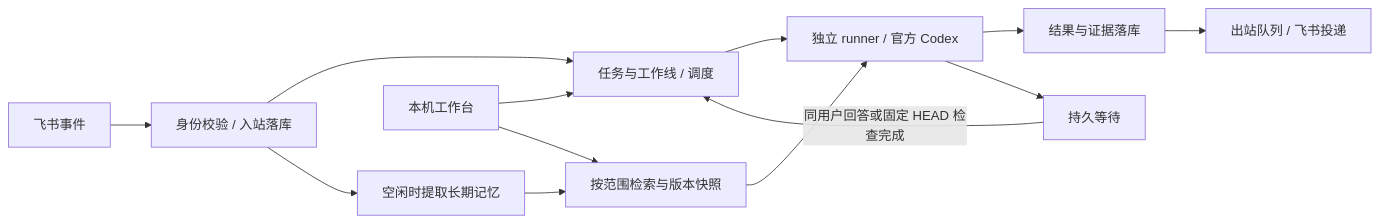
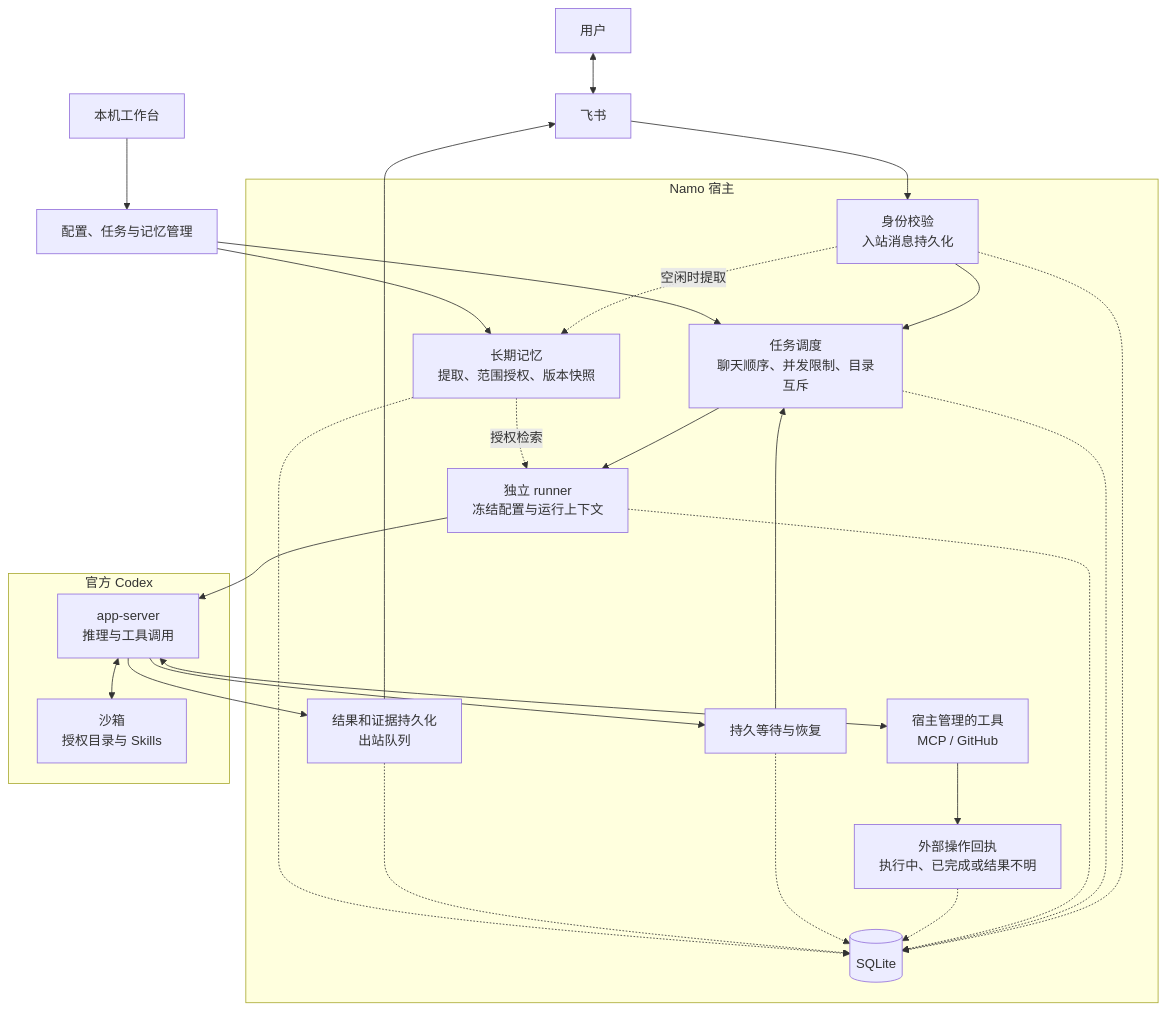
Before and after one commit to dofy/namo: the diagram in docs/architecture.md, drawn with Mermaid. The commit also changed other lines of this file, not shown here.

Commit message:
docs: clarify architecture and operation receipts

````diff
--- a/docs/architecture.md
+++ b/docs/architecture.md
@@ -9,15 +9,34 @@
 ```mermaid
-flowchart LR
-  A[飞书事件] --> B[身份校验 / 入站落库]
-  B --> C[任务与工作线 / 调度]
-  C --> D[独立 runner / 官方 Codex]
-  D --> E[结果与证据落库]
-  E --> F[出站队列 / 飞书投递]
-  D --> G[持久等待]
-  G -->|同用户回答或固定 HEAD 检查完成| C
-  B --> H[空闲时提取长期记忆]
-  H --> I[按范围检索与版本快照]
-  I --> D
-  U[本机工作台] --> C
-  U --> I
+flowchart TB
+  User[用户] <--> Feishu[飞书]
+  UI[本机工作台] --> Management[配置、任务与记忆管理]
+
+  subgraph Namo["Namo 宿主"]
+    In[身份校验<br/>入站消息持久化]
+    Queue[任务调度<br/>聊天顺序、并发限制、目录互斥]
+    Runner[独立 runner<br/>冻结配置与运行上下文]
+    HostTools[宿主管理的工具<br/>MCP / GitHub]
+    Receipts[外部操作回执<br/>执行中、已完成或结果不明]
+    Wait[持久等待与恢复]
+    Out[结果和证据持久化<br/>出站队列]
+    Memory[长期记忆<br/>提取、范围授权、版本快照]
+    DB[(SQLite)]
+  end
+
+  subgraph Codex["官方 Codex"]
+    Agent[app-server<br/>推理与工具调用]
+    Sandbox[沙箱<br/>授权目录与 Skills]
+  end
+
+  Feishu --> In --> Queue --> Runner --> Agent
+  Agent <--> Sandbox
+  Agent <--> HostTools
+  HostTools --> Receipts
+  Agent --> Wait --> Queue
+  Agent --> Out --> Feishu
+  In -.->|空闲时提取| Memory
+  Memory -.->|授权检索| Runner
+  Management --> Queue
+  Management --> Memory
+  In & Queue & Runner & Receipts & Wait & Out & Memory -.-> DB
 ```
````
